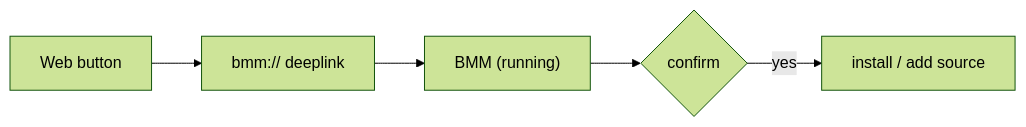
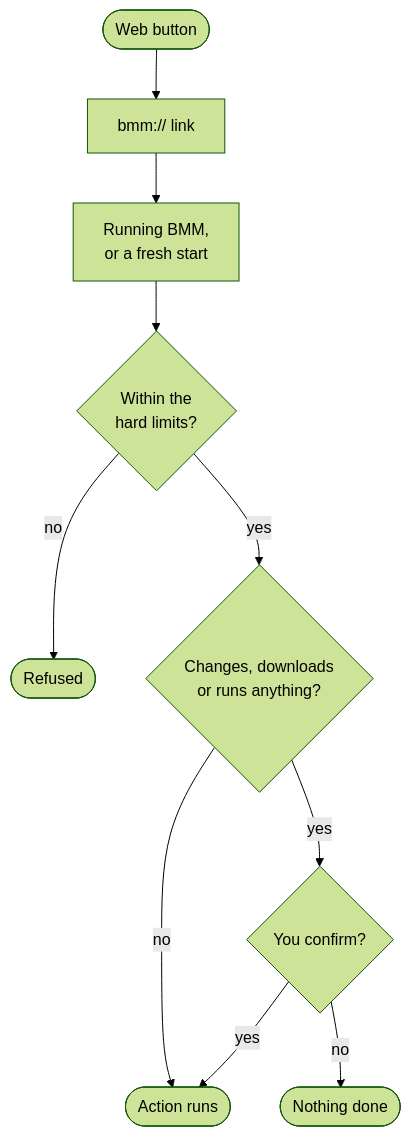
The second of 3 diagrams in frontend/assets/docs/en/how-it-works/extending.md (FreeProject089/BetterModsManager), drawn with Mermaid (forest theme) before and after one commit. The commit also changed other lines of this file and 176 other files, not shown here.

````diff
--- a/frontend/assets/docs/en/how-it-works/extending.md
+++ b/frontend/assets/docs/en/how-it-works/extending.md
@@ -43,7 +48,12 @@
 ```mermaid
-flowchart LR
-    WEB["Web button"] --> LINK["bmm:// deeplink"]
-    LINK --> APP["BMM (running)"]
-    APP --> CONFIRM{"confirm"}
-    CONFIRM -- yes --> ACT["install / add source"]
+flowchart TD
+    WEB(["Web button"]) --> LINK["bmm:// link"]
+    LINK --> APP["Running BMM,<br/>or a fresh start"]
+    APP --> LIMITS{"Within the<br/>hard limits?"}
+    LIMITS -- "no" --> REFUSE(["Refused"])
+    LIMITS -- "yes" --> WRITES{"Changes, downloads<br/>or runs anything?"}
+    WRITES -- "no" --> ACT(["Action runs"])
+    WRITES -- "yes" --> CONFIRM{"You confirm?"}
+    CONFIRM -- "yes" --> ACT
+    CONFIRM -- "no" --> CANCEL(["Nothing done"])
 ```
````
